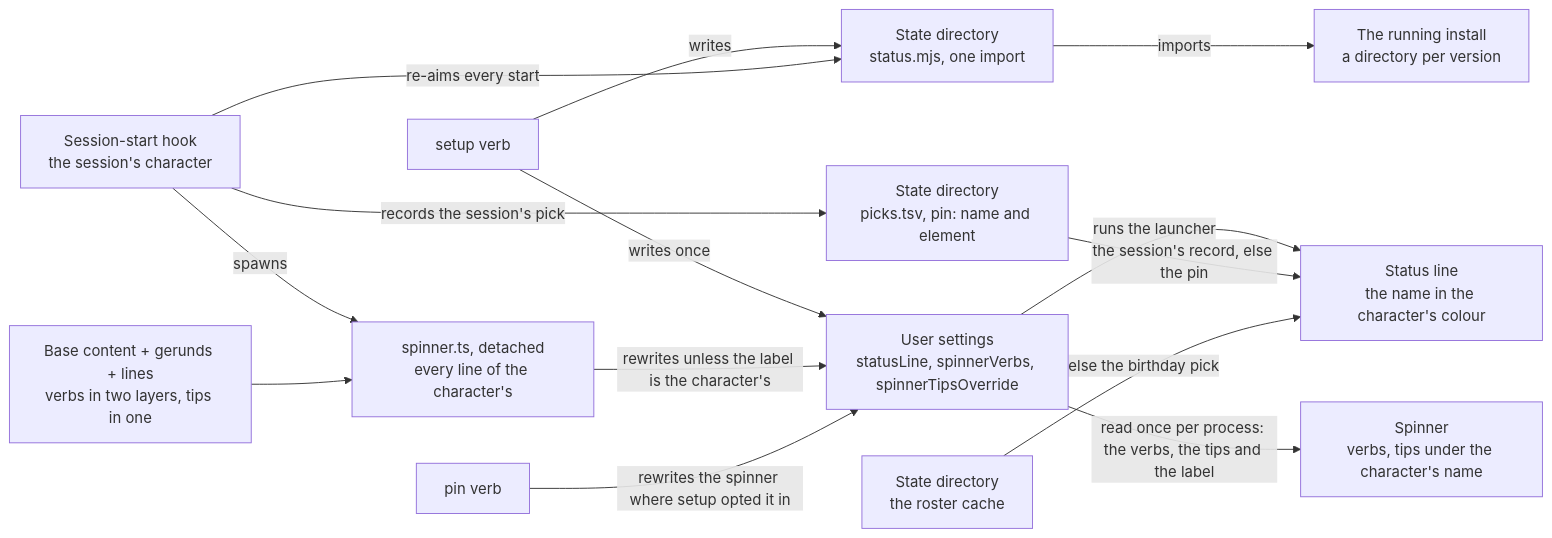
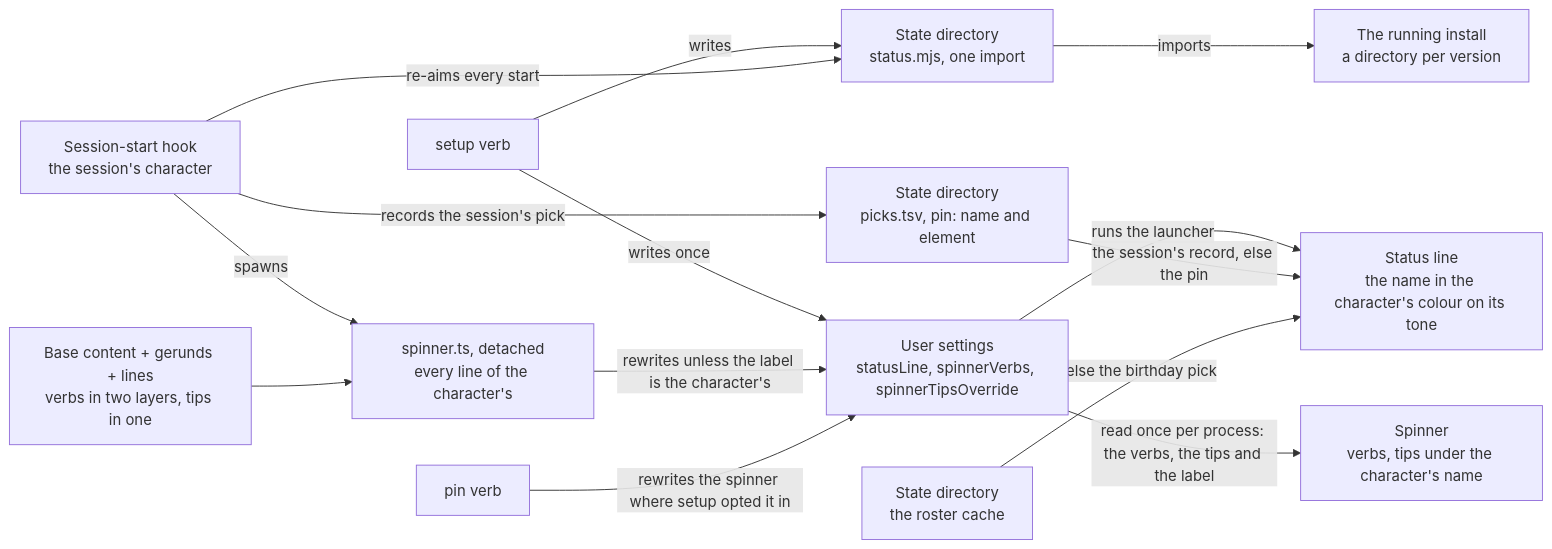
Before and after one commit to Esposter/Esposter: the sixth of 6 diagrams in apps/web/content/docs/infra/claude-interface/persona-plugin.md, drawn with Mermaid. The commit also changed other lines of this file and 18 other files, not shown here.

First line of the commit message:
feat(genshin-persona): the nameplate sits on a tonal badge of the character's colour

````diff
--- a/apps/web/content/docs/infra/claude-interface/persona-plugin.md
+++ b/apps/web/content/docs/infra/claude-interface/persona-plugin.md
@@ -275,28 +275,28 @@
 ```mermaid
 flowchart LR
     Setup["setup verb"]
     Hook["Session-start hook<br/>the session's character"]
     Content["Base content + gerunds + lines<br/>verbs in two layers, tips in one"]
     Script["spinner.ts, detached<br/>every line of the character's"]
     Settings["User settings<br/>statusLine, spinnerVerbs, spinnerTipsOverride"]
     Launcher["State directory<br/>status.mjs, one import"]
     Install["The running install<br/>a directory per version"]
     Records["State directory<br/>picks.tsv, pin: name and element"]
     Spinner["Spinner<br/>verbs, tips under the character's name"]
-    Line["Status line<br/>the name in the character's colour"]
+    Line["Status line<br/>the name in the character's colour on its tone"]
 
     Setup -->|writes once| Settings
     Setup -->|writes| Launcher
     Hook -->|re-aims every start| Launcher
     Hook -->|spawns| Script
     Content --> Script
     Script -->|rewrites unless the label is the character's| Settings
     Verb["pin verb"] -->|rewrites the spinner where setup opted it in| Settings
     Launcher -->|imports| Install
     Settings -->|runs the launcher| Line
     Hook -->|records the session's pick| Records
     Cache["State directory<br/>the roster cache"]
     Records -->|the session's record, else the pin| Line
     Cache -->|else the birthday pick| Line
     Settings -->|read once per process: the verbs, the tips and the label| Spinner
 ```
````
